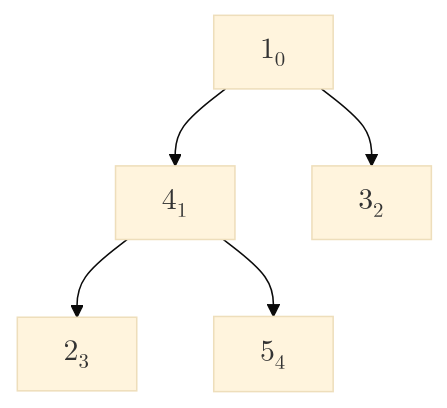
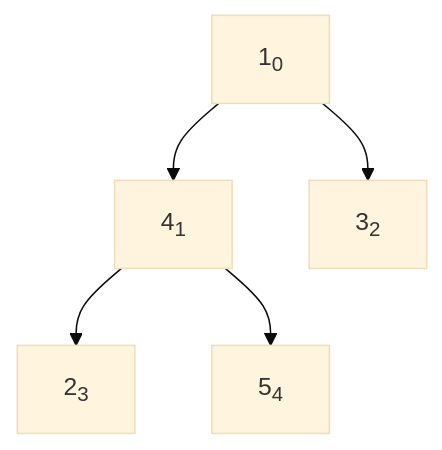
Diagram 11 of 15 in _posts/2024-12-17-sort-four.md (cafewang/cafewang.github.io), drawn with Mermaid (base theme) before and after one commit. The commit also changed other lines of this file, not shown here.

Commit message:
fix mermaid done

````diff
--- a/_posts/2024-12-17-sort-four.md
+++ b/_posts/2024-12-17-sort-four.md
@@ -213,11 +214,11 @@
 ```mermaid
 graph TD 
-A["$$1_0$$"]
-B["$$4_1$$"]
-C["$$3_2$$"]
-D["$$2_3$$"]
-E["$$5_4$$"]
+A["1<sub>0</sub>"]
+B["4<sub>1</sub>"]
+C["3<sub>2</sub>"]
+D["2<sub>3</sub>"]
+E["5<sub>4</sub>"]
 
 A --> B & C
 B --> D & E
 ```
````
